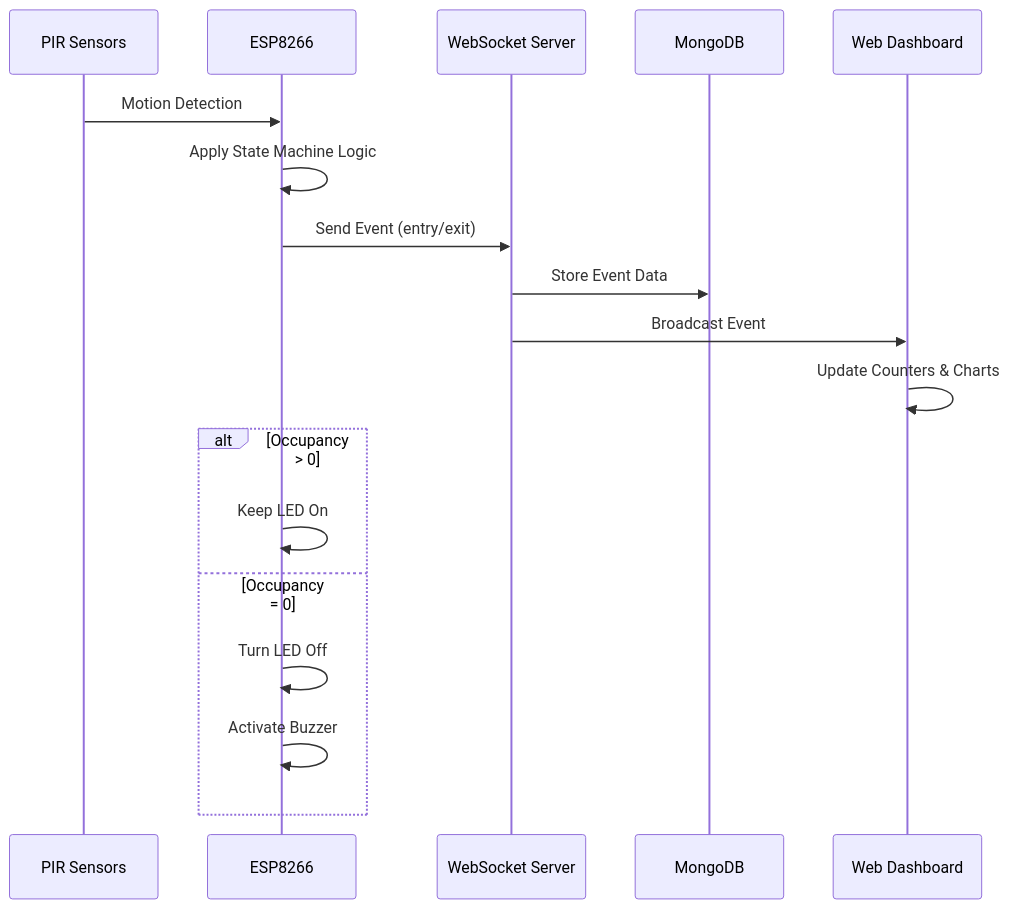
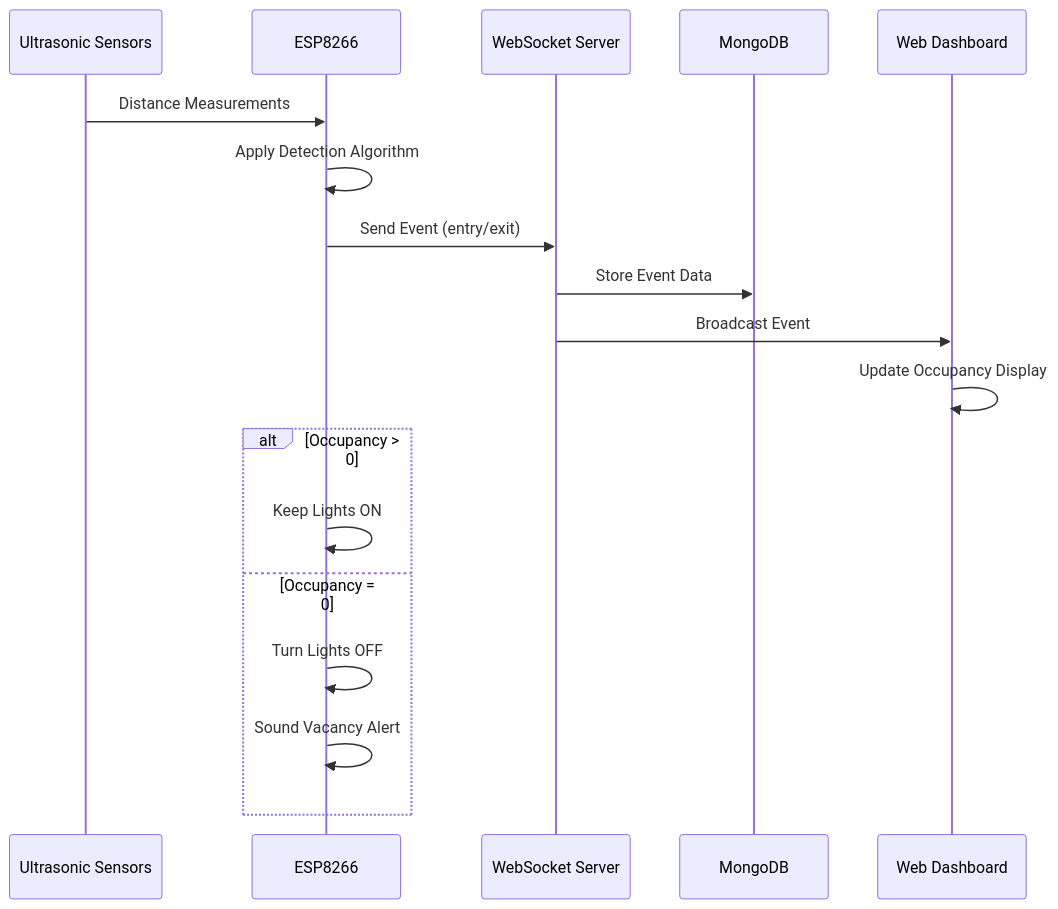
The third of 4 diagrams in README.md (Red-misst/pir-sensor), drawn with Mermaid before and after one commit. The commit also changed other lines of this file and 2 other files, not shown here.

````diff
--- a/README.md
+++ b/README.md
@@ -186,22 +194,22 @@
 ```mermaid
 sequenceDiagram
-    participant PIR as PIR Sensors
+    participant US as Ultrasonic Sensors
     participant ESP as ESP8266
     participant WS as WebSocket Server
     participant DB as MongoDB
     participant UI as Web Dashboard
     
-    PIR->>ESP: Motion Detection
-    ESP->>ESP: Apply State Machine Logic
+    US->>ESP: Distance Measurements
+    ESP->>ESP: Apply Detection Algorithm
     ESP->>WS: Send Event (entry/exit)
     WS->>DB: Store Event Data
     WS->>UI: Broadcast Event
-    UI->>UI: Update Counters & Charts
+    UI->>UI: Update Occupancy Display
     
     alt Occupancy > 0
-        ESP->>ESP: Keep LED On
+        ESP->>ESP: Keep Lights ON
     else Occupancy = 0
-        ESP->>ESP: Turn LED Off
-        ESP->>ESP: Activate Buzzer
+        ESP->>ESP: Turn Lights OFF
+        ESP->>ESP: Sound Vacancy Alert
     end
 ```
````
